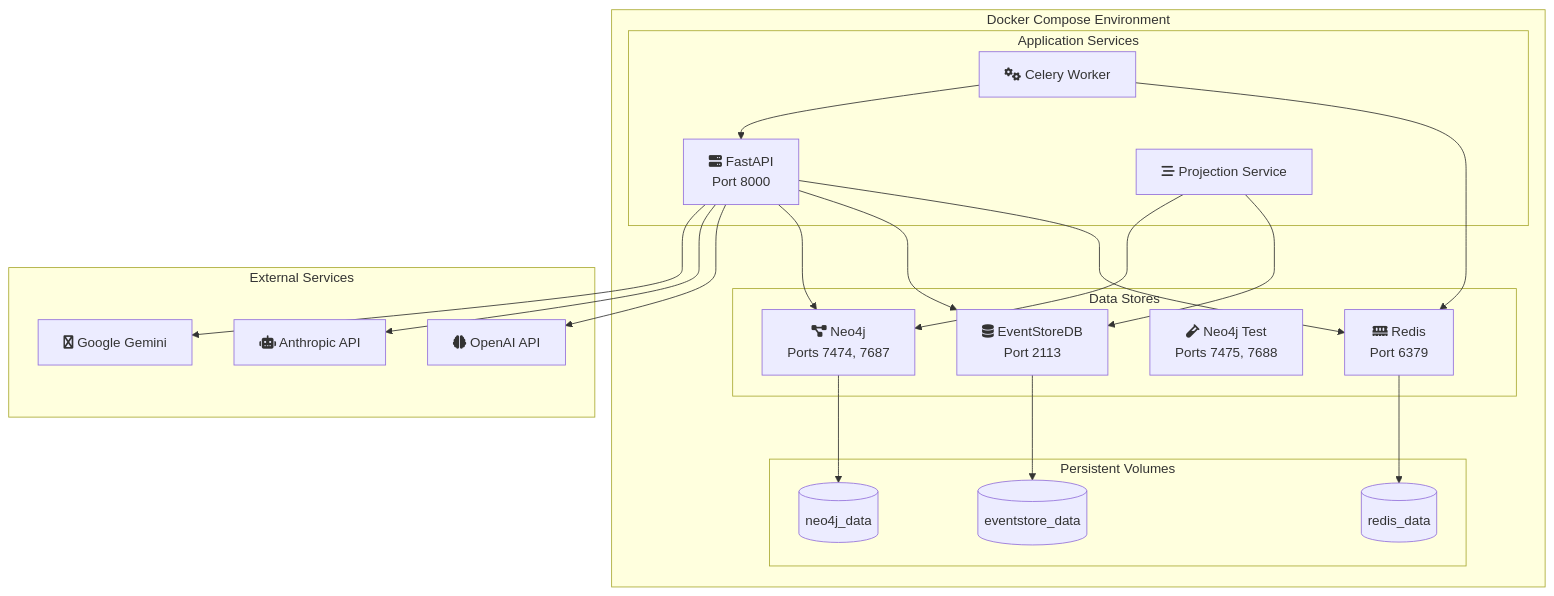
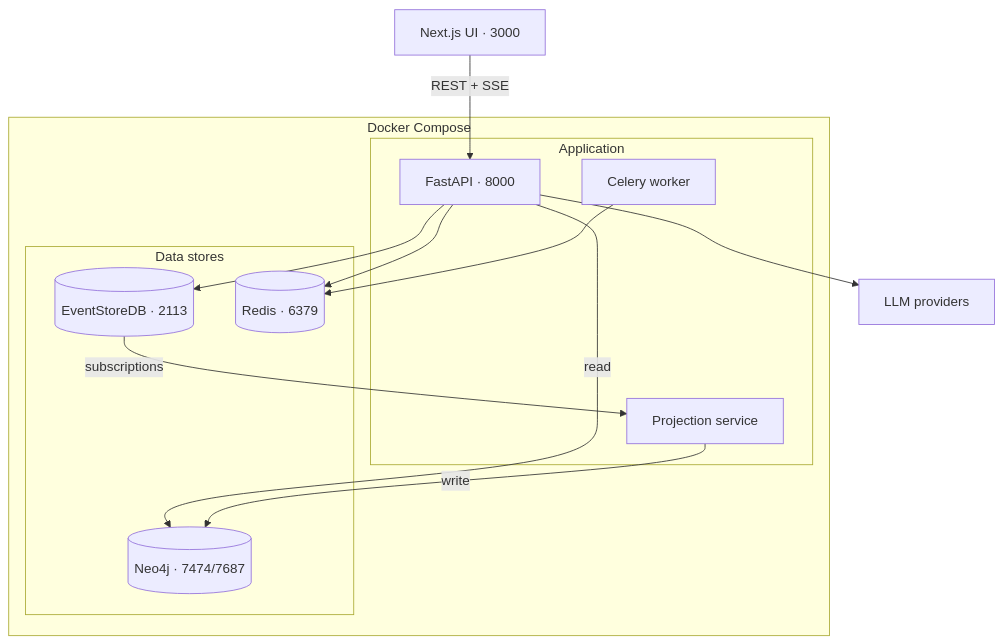
The third of 4 diagrams in docs/architecture/system-overview.md (DigitalCowboyN/interview_analyzer_chaining), drawn with Mermaid before and after one commit. The commit also changed other lines of this file and 10 other files, not shown here.

First line of the commit message:
docs: refresh README + product/architecture docs (current through M5.1b) (#15)

````diff
--- a/docs/architecture/system-overview.md
+++ b/docs/architecture/system-overview.md
@@ -136,46 +124,26 @@
 ```mermaid
 flowchart TB
-    subgraph Docker["Docker Compose Environment"]
-        subgraph AppServices["Application Services"]
-            api[fa:fa-server FastAPI<br/>Port 8000]
-            worker[fa:fa-cogs Celery Worker]
-            projection[fa:fa-stream Projection Service]
+    subgraph Docker["Docker Compose"]
+        subgraph App["Application"]
+            api[FastAPI · 8000]
+            worker[Celery worker]
+            projection[Projection service]
         end
-
-        subgraph DataStores["Data Stores"]
-            eventstore[fa:fa-database EventStoreDB<br/>Port 2113]
-            neo4j[fa:fa-project-diagram Neo4j<br/>Ports 7474, 7687]
-            neo4j_test[fa:fa-vial Neo4j Test<br/>Ports 7475, 7688]
-            redis[fa:fa-memory Redis<br/>Port 6379]
-        end
-
-        subgraph Volumes["Persistent Volumes"]
-            vol_neo4j[(neo4j_data)]
-            vol_redis[(redis_data)]
-            vol_es[(eventstore_data)]
+        subgraph Data["Data stores"]
+            eventstore[(EventStoreDB · 2113)]
+            neo4j[(Neo4j · 7474/7687)]
+            redis[(Redis · 6379)]
         end
     end
+    ui[Next.js UI · 3000]
+    llm[LLM providers]
 
-    subgraph External["External Services"]
-        openai[fa:fa-brain OpenAI API]
-        anthropic[fa:fa-robot Anthropic API]
-        gemini[fa:fa-google Google Gemini]
-    end
-
+    ui -->|REST + SSE| api
+    api --> eventstore
+    api -->|read| neo4j
     api --> redis
-    api --> eventstore
-    api --> neo4j
-    api --> openai
-    api --> anthropic
-    api --> gemini
-
+    api --> llm
     worker --> redis
-    worker --> api
-
-    projection --> eventstore
-    projection --> neo4j
-
-    neo4j --> vol_neo4j
-    redis --> vol_redis
-    eventstore --> vol_es
+    eventstore -->|subscriptions| projection
+    projection -->|write| neo4j
 ```
````
